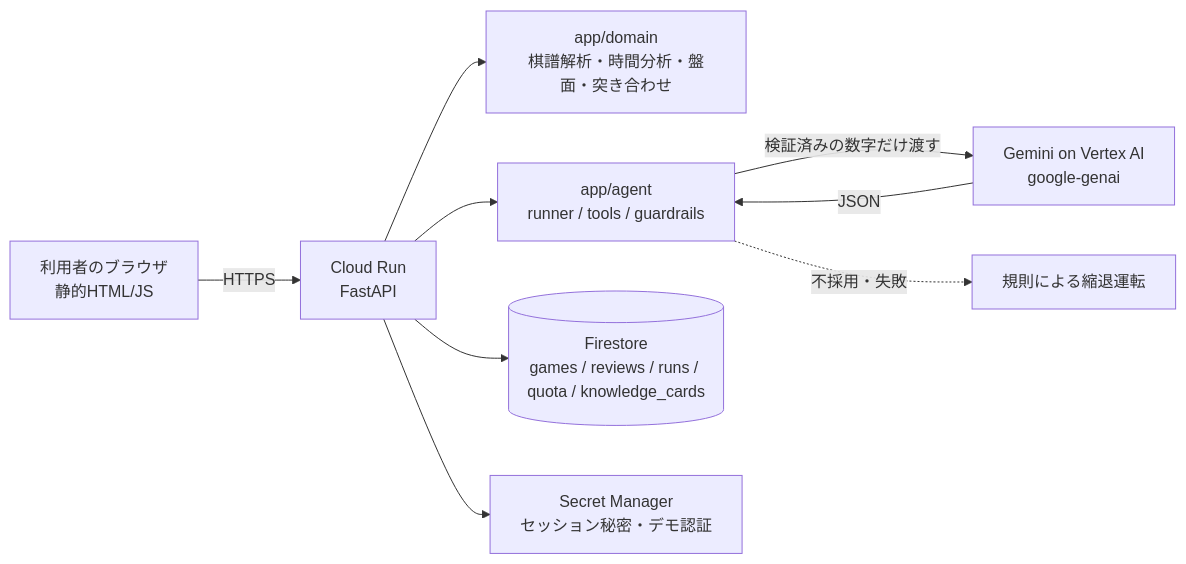
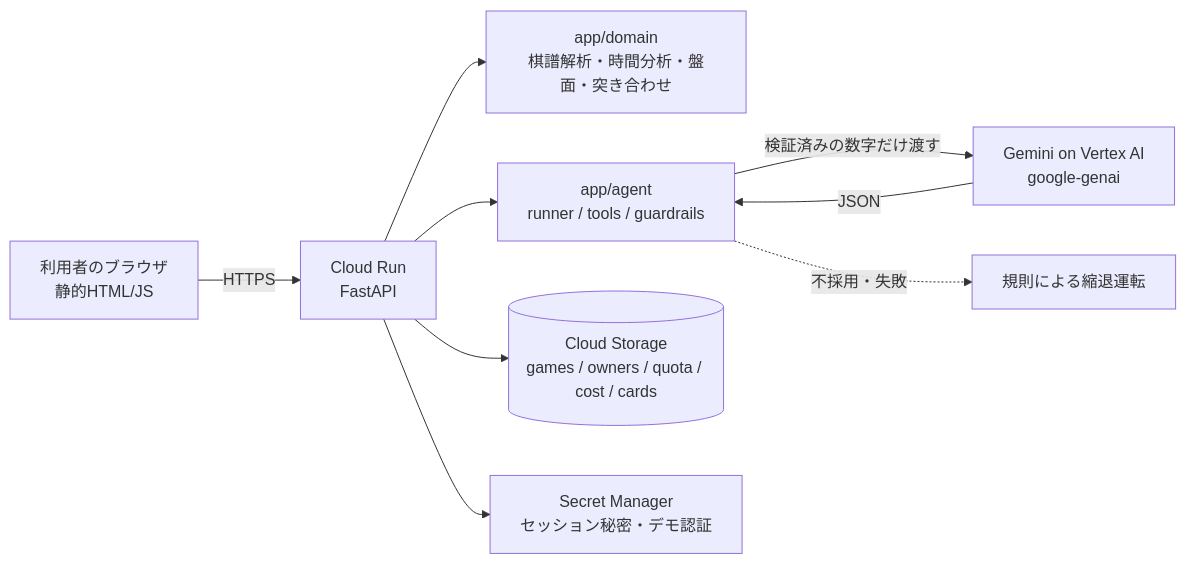
The diagram in docs/architecture.md (ryotatakahashi0123/Zenn5th_Shogi), drawn with Mermaid before and after one commit. The commit also changed other lines of this file and 67 other files, not shown here.

````diff
--- a/docs/architecture.md
+++ b/docs/architecture.md
@@ -3,11 +3,11 @@
 ```mermaid
 flowchart LR
   U[利用者のブラウザ<br/>静的HTML/JS] -->|HTTPS| CR[Cloud Run<br/>FastAPI]
   CR --> D[app/domain<br/>棋譜解析・時間分析・盤面・突き合わせ]
   CR --> A[app/agent<br/>runner / tools / guardrails]
   A -->|検証済みの数字だけ渡す| G[Gemini on Vertex AI<br/>google-genai]
   G -->|JSON| A
   A -.->|不採用・失敗| R[規則による縮退運転]
-  CR --> F[(Firestore<br/>games / reviews / runs / quota / knowledge_cards)]
+  CR --> F[(Cloud Storage<br/>games / owners / quota / cost / cards)]
   CR --> S[Secret Manager<br/>セッション秘密・デモ認証]
 ```
````
